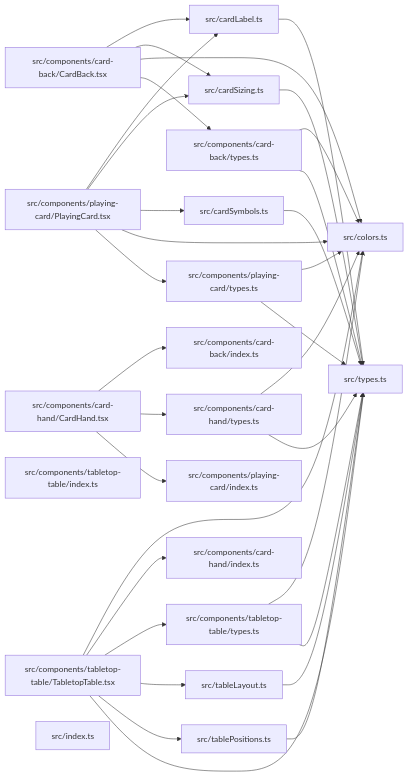
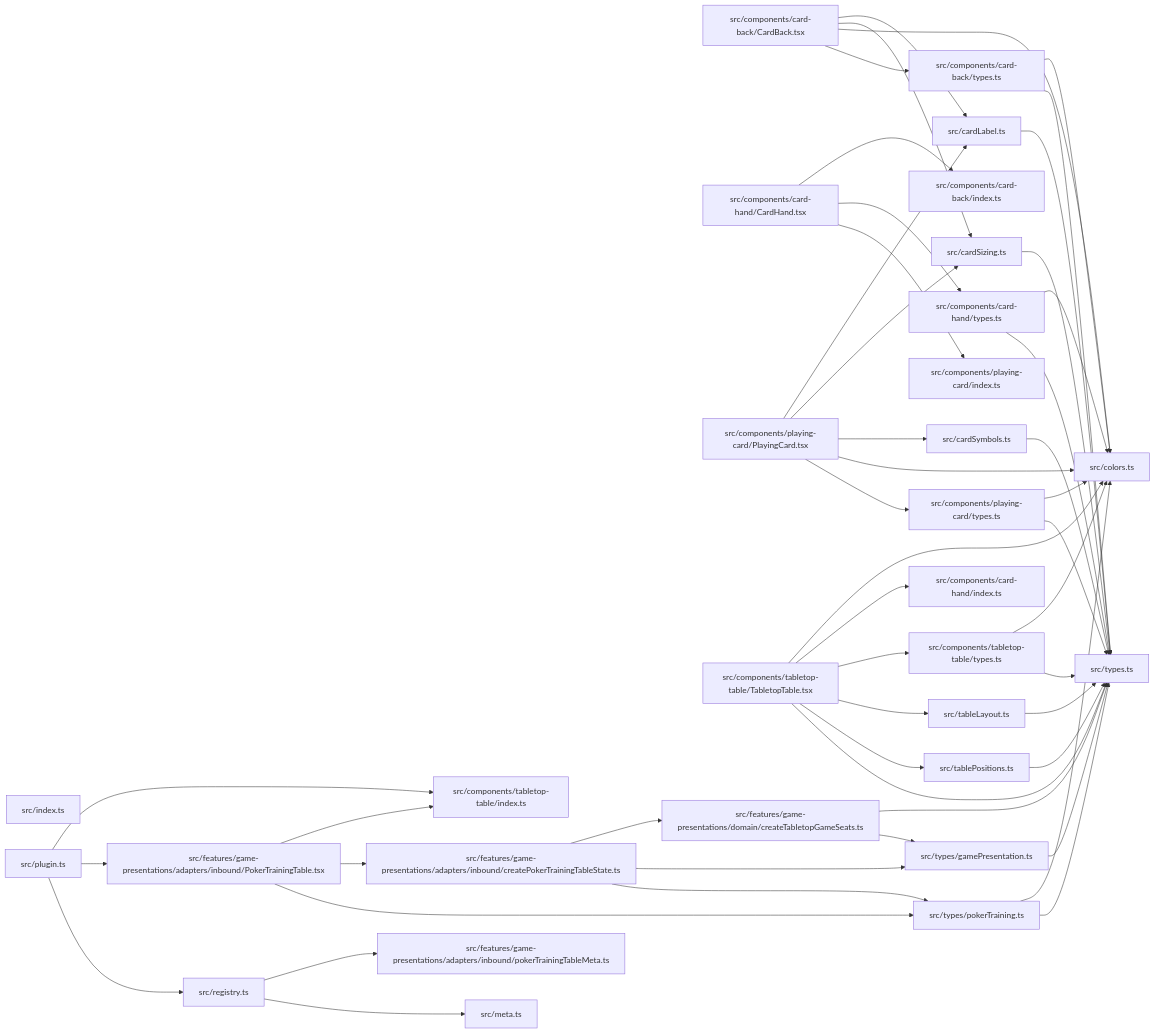
One commit to ankhorage/zora-tabletop changed the diagram in paradox/diagrams/module-relationships.mmd. Above: the diagram before and after it, drawn with Mermaid. The commit also changed 23 other files, not shown here.

Commit message:
feat: add generic poker training table mapper (#62)

```diff
--- a/paradox/diagrams/module-relationships.mmd
+++ b/paradox/diagrams/module-relationships.mmd
@@ -1,52 +1,77 @@
 graph LR
   module_src_cardLabel_ts["src/cardLabel.ts"]
   module_src_cardSizing_ts["src/cardSizing.ts"]
   module_src_cardSymbols_ts["src/cardSymbols.ts"]
   module_src_colors_ts["src/colors.ts"]
   module_src_components_card_back_CardBack_tsx["src/components/card-back/CardBack.tsx"]
   module_src_components_card_back_index_ts["src/components/card-back/index.ts"]
   module_src_components_card_back_types_ts["src/components/card-back/types.ts"]
   module_src_components_card_hand_CardHand_tsx["src/components/card-hand/CardHand.tsx"]
   module_src_components_card_hand_index_ts["src/components/card-hand/index.ts"]
   module_src_components_card_hand_types_ts["src/components/card-hand/types.ts"]
   module_src_components_playing_card_index_ts["src/components/playing-card/index.ts"]
   module_src_components_playing_card_PlayingCard_tsx["src/components/playing-card/PlayingCard.tsx"]
   module_src_components_playing_card_types_ts["src/components/playing-card/types.ts"]
   module_src_components_tabletop_table_index_ts["src/components/tabletop-table/index.ts"]
   module_src_components_tabletop_table_TabletopTable_tsx["src/components/tabletop-table/TabletopTable.tsx"]
   module_src_components_tabletop_table_types_ts["src/components/tabletop-table/types.ts"]
+  module_src_features_game_presentations_adapters_inbound_createPokerTrainingTableState_ts["src/features/game-presentations/adapters/inbound/createPokerTrainingTableState.ts"]
+  module_src_features_game_presentations_adapters_inbound_PokerTrainingTable_tsx["src/features/game-presentations/adapters/inbound/PokerTrainingTable.tsx"]
+  module_src_features_game_presentations_adapters_inbound_pokerTrainingTableMeta_ts["src/features/game-presentations/adapters/inbound/pokerTrainingTableMeta.ts"]
+  module_src_features_game_presentations_domain_createTabletopGameSeats_ts["src/features/game-presentations/domain/createTabletopGameSeats.ts"]
   module_src_index_ts["src/index.ts"]
+  module_src_meta_ts["src/meta.ts"]
+  module_src_plugin_ts["src/plugin.ts"]
+  module_src_registry_ts["src/registry.ts"]
   module_src_tableLayout_ts["src/tableLayout.ts"]
   module_src_tablePositions_ts["src/tablePositions.ts"]
   module_src_types_ts["src/types.ts"]
+  module_src_types_gamePresentation_ts["src/types/gamePresentation.ts"]
+  module_src_types_pokerTraining_ts["src/types/pokerTraining.ts"]
   module_src_cardLabel_ts --> module_src_types_ts
   module_src_cardSizing_ts --> module_src_types_ts
   module_src_cardSymbols_ts --> module_src_types_ts
   module_src_components_card_back_CardBack_tsx --> module_src_cardLabel_ts
   module_src_components_card_back_CardBack_tsx --> module_src_cardSizing_ts
   module_src_components_card_back_CardBack_tsx --> module_src_colors_ts
   module_src_components_card_back_CardBack_tsx --> module_src_components_card_back_types_ts
   module_src_components_card_back_types_ts --> module_src_colors_ts
   module_src_components_card_back_types_ts --> module_src_types_ts
   module_src_components_card_hand_CardHand_tsx --> module_src_components_card_back_index_ts
   module_src_components_card_hand_CardHand_tsx --> module_src_components_card_hand_types_ts
   module_src_components_card_hand_CardHand_tsx --> module_src_components_playing_card_index_ts
   module_src_components_card_hand_types_ts --> module_src_colors_ts
   module_src_components_card_hand_types_ts --> module_src_types_ts
   module_src_components_playing_card_PlayingCard_tsx --> module_src_cardLabel_ts
   module_src_components_playing_card_PlayingCard_tsx --> module_src_cardSizing_ts
   module_src_components_playing_card_PlayingCard_tsx --> module_src_cardSymbols_ts
   module_src_components_playing_card_PlayingCard_tsx --> module_src_colors_ts
   module_src_components_playing_card_PlayingCard_tsx --> module_src_components_playing_card_types_ts
   module_src_components_playing_card_types_ts --> module_src_colors_ts
   module_src_components_playing_card_types_ts --> module_src_types_ts
   module_src_components_tabletop_table_TabletopTable_tsx --> module_src_colors_ts
   module_src_components_tabletop_table_TabletopTable_tsx --> module_src_components_card_hand_index_ts
   module_src_components_tabletop_table_TabletopTable_tsx --> module_src_components_tabletop_table_types_ts
   module_src_components_tabletop_table_TabletopTable_tsx --> module_src_tableLayout_ts
   module_src_components_tabletop_table_TabletopTable_tsx --> module_src_tablePositions_ts
   module_src_components_tabletop_table_TabletopTable_tsx --> module_src_types_ts
   module_src_components_tabletop_table_types_ts --> module_src_colors_ts
   module_src_components_tabletop_table_types_ts --> module_src_types_ts
+  module_src_features_game_presentations_adapters_inbound_createPokerTrainingTableState_ts --> module_src_features_game_presentations_domain_createTabletopGameSeats_ts
+  module_src_features_game_presentations_adapters_inbound_createPokerTrainingTableState_ts --> module_src_types_gamePresentation_ts
+  module_src_features_game_presentations_adapters_inbound_createPokerTrainingTableState_ts --> module_src_types_pokerTraining_ts
+  module_src_features_game_presentations_adapters_inbound_PokerTrainingTable_tsx --> module_src_components_tabletop_table_index_ts
+  module_src_features_game_presentations_adapters_inbound_PokerTrainingTable_tsx --> module_src_features_game_presentations_adapters_inbound_createPokerTrainingTableState_ts
+  module_src_features_game_presentations_adapters_inbound_PokerTrainingTable_tsx --> module_src_types_pokerTraining_ts
+  module_src_features_game_presentations_domain_createTabletopGameSeats_ts --> module_src_types_ts
+  module_src_features_game_presentations_domain_createTabletopGameSeats_ts --> module_src_types_gamePresentation_ts
+  module_src_plugin_ts --> module_src_components_tabletop_table_index_ts
+  module_src_plugin_ts --> module_src_features_game_presentations_adapters_inbound_PokerTrainingTable_tsx
+  module_src_plugin_ts --> module_src_registry_ts
+  module_src_registry_ts --> module_src_features_game_presentations_adapters_inbound_pokerTrainingTableMeta_ts
+  module_src_registry_ts --> module_src_meta_ts
   module_src_tableLayout_ts --> module_src_types_ts
   module_src_tablePositions_ts --> module_src_types_ts
+  module_src_types_gamePresentation_ts --> module_src_types_ts
+  module_src_types_pokerTraining_ts --> module_src_colors_ts
+  module_src_types_pokerTraining_ts --> module_src_types_ts
```
